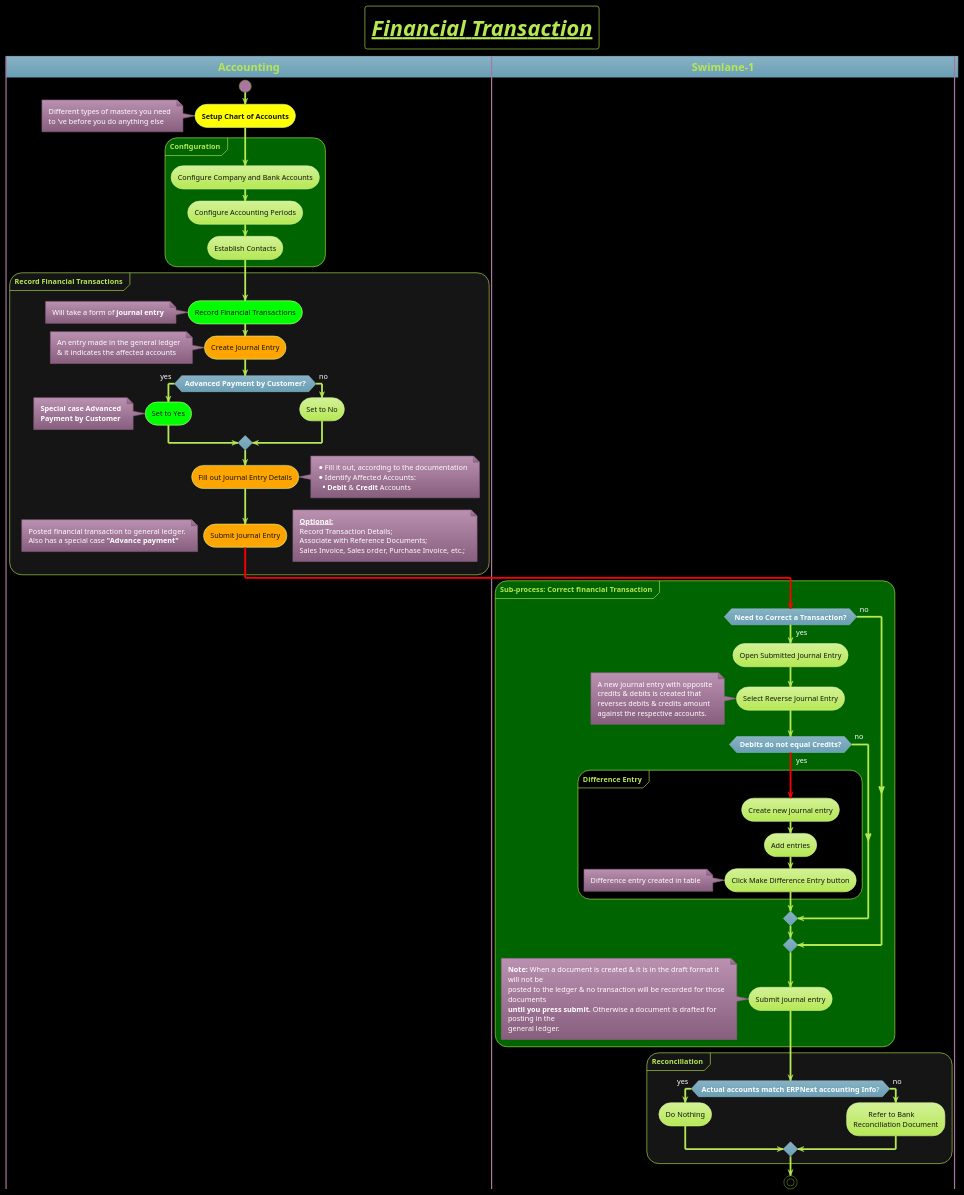
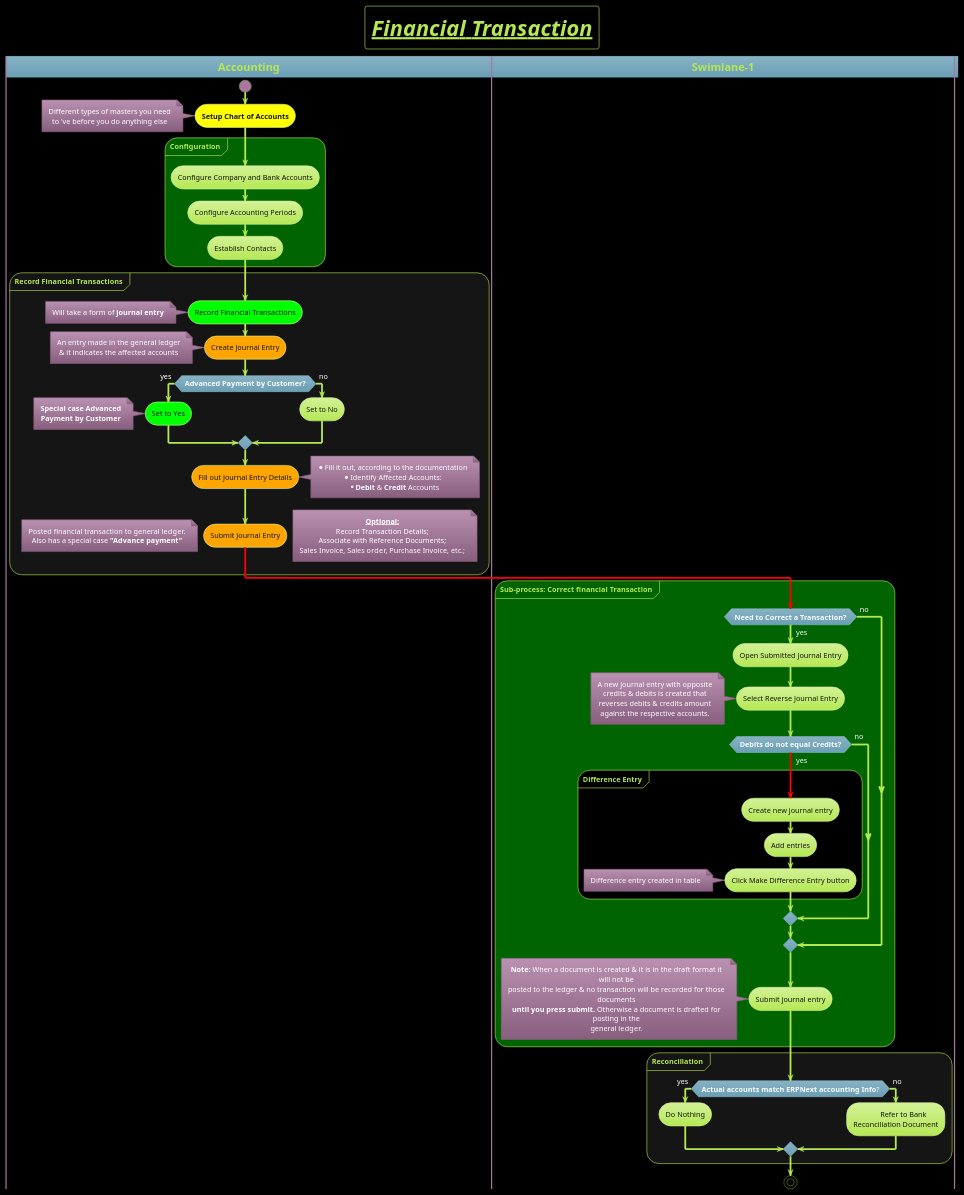
Before and after one commit to MehmoodHashmi/Documentation-as-Code-DaC: the diagram in docs/2-uml/PlantUML/activity-diagram/template-with-theme-and-background.puml, drawn with PlantUML. The commit also changed 33 other files, not shown here.

```diff
--- a/docs/2-uml/PlantUML/activity-diagram/template-with-theme-and-background.puml
+++ b/docs/2-uml/PlantUML/activity-diagram/template-with-theme-and-background.puml
@@ -1,101 +1,106 @@
 @startuml
 title = <i><u><b>Financial Transaction
 !theme hacker
+
 ' Place the background color line after the theme
 skinparam BackgroundColor #black
 skinparam wrapwidth 360
+
+'Text in the boxes becomes centered
+skinparam defaultTextAlignment center
+
 
 |<b><size:18>Accounting|
 start
 #yellow:**Setup Chart of Accounts**;
 note left: Different types of masters you need \nto 've before you do anything else
 
 group **Configuration** #darkgreen
 
     :Configure Company and Bank Accounts;
     :Configure Accounting Periods;
     :Establish Contacts;
 
 end group
 
 group **Record Financial Transactions**
 
     #lime:Record Financial Transactions;
     note left: Will take a form of **journal entry**
     #orange:Create Journal Entry;
     note left: An entry made in the general ledger \n& it indicates the affected accounts
 
     if (**Advanced Payment by Customer?**) then (yes)
     #lime:Set to Yes;
     note left: **Special case Advanced** \n**Payment by Customer**
     else (no)
     :Set to No;
     endif
 
     #orange:Fill out Journal Entry Details;
 
     note right
     * Fill it out, according to the documentation
     *Identify Affected Accounts:
     ** **Debit** & **Credit** Accounts
     end note
 
     #orange:Submit Journal Entry;
     note left: Posted financial transaction to general ledger. \nAlso has a special case **"Advance payment"**
     note right: **__Optional:__ **\nRecord Transaction Details;\nAssociate with Reference Documents;\nSales Invoice, Sales order, Purchase Invoice, etc.;
     -[#red]->
 
 end group
 
 |<b><size:18>Swimlane-1|
 
 group **Sub-process: Correct financial Transaction** #darkgreen
     if (**Need to Correct a Transaction?**) then (yes)
        :Open Submitted Journal Entry;
        :Select Reverse Journal Entry;
     note left
     A new journal entry with opposite
     credits & debits is created that
     reverses debits & credits amount
     against the respective accounts.
     end note
     if (**Debits do not equal Credits?**) then (yes)
     -[#red]->
 
 group **Difference Entry** #black
     :Create new journal entry;
     :Add entries;
     :Click Make Difference Entry button;
     note left: Difference entry created in table
 
 
 end group
 
     else (no)
 
   endif
     else (no)
 
 endif
 
     :Submit journal entry;
     note left
     **Note:** When a document is created & it is in the draft format it will not be
     posted to the ledger & no transaction will be recorded for those  documents
     **until you press submit.** Otherwise a document is drafted for posting in the
     general ledger.
     end note
 
 end group
 
 group **Reconciliation**
     if (**Actual accounts match ERPNext accounting Info**?) is (yes) then
       :Do Nothing;
     else (no)
       :\tRefer to Bank \nReconciliation Document;
     endif
 end group
 
 stop
 
 @enduml
```
